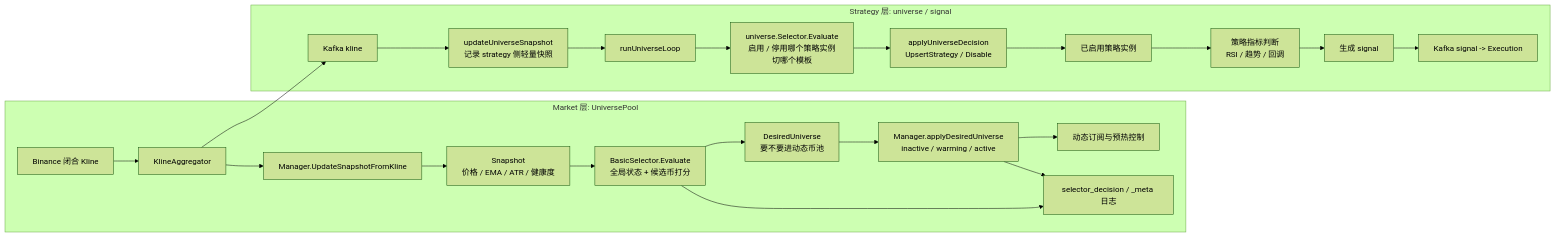
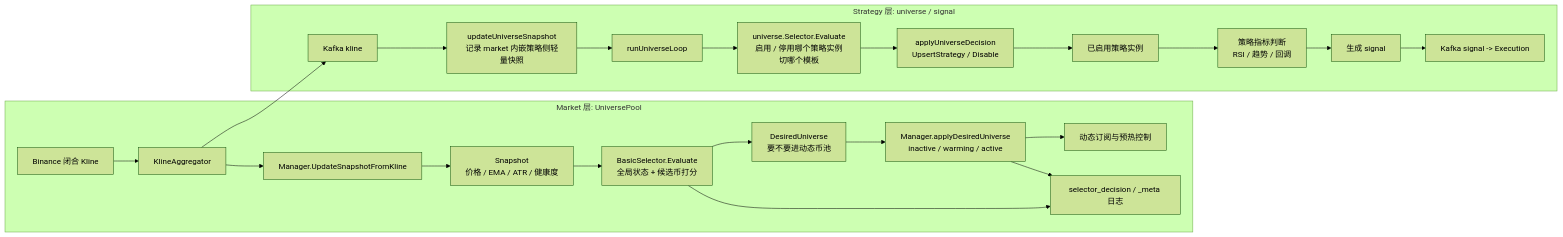
The second of 4 diagrams in docs/architecture.md (davezhou523/exchange-system), drawn with Mermaid (forest theme) before and after one commit. The commit also changed other lines of this file and 62 other files, not shown here.

````diff
--- a/docs/architecture.md
+++ b/docs/architecture.md
@@ -429,34 +429,34 @@
 ```mermaid
 flowchart LR
     subgraph M["Market 层: UniversePool"]
         A["Binance 闭合 Kline"]
         B["KlineAggregator"]
         C["Manager.UpdateSnapshotFromKline"]
         D["Snapshot\n价格 / EMA / ATR / 健康度"]
         E["BasicSelector.Evaluate\n全局状态 + 候选币打分"]
         F["DesiredUniverse\n要不要进动态币池"]
         G["Manager.applyDesiredUniverse\ninactive / warming / active"]
         H["动态订阅与预热控制"]
         I["selector_decision / _meta 日志"]
 
         A --> B --> C --> D --> E --> F --> G --> H
         E --> I
         G --> I
     end
 
     subgraph S["Strategy 层: universe / signal"]
         J["Kafka kline"]
-        K["updateUniverseSnapshot\n记录 strategy 侧轻量快照"]
+        K["updateUniverseSnapshot\n记录 market 内嵌策略侧轻量快照"]
         L["runUniverseLoop"]
         M2["universe.Selector.Evaluate\n启用 / 停用哪个策略实例\n切哪个模板"]
         N["applyUniverseDecision\nUpsertStrategy / Disable"]
         O["已启用策略实例"]
         P["策略指标判断\nRSI / 趋势 / 回调"]
         Q["生成 signal"]
         R["Kafka signal -> Execution"]
 
         J --> K --> L --> M2 --> N --> O --> P --> Q --> R
     end
 
     B --> J
 ```
````
